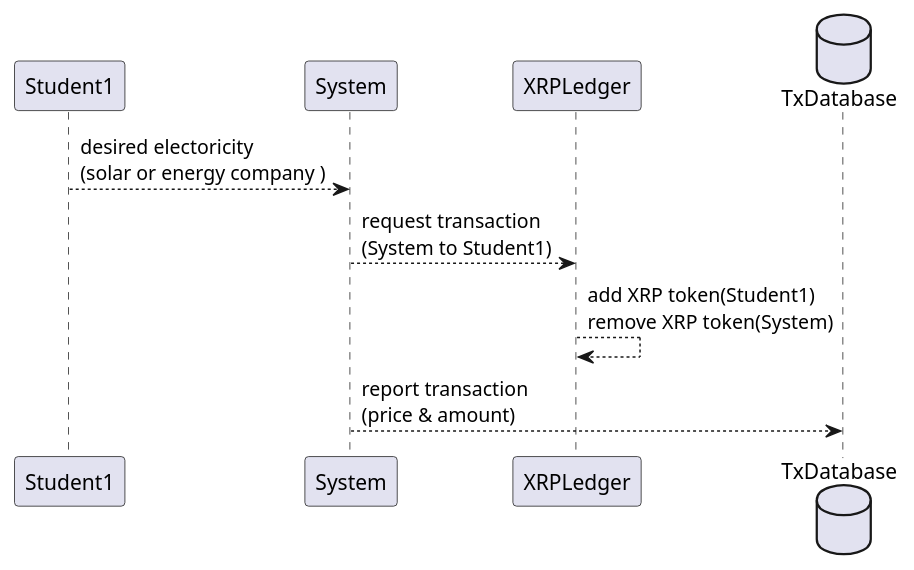
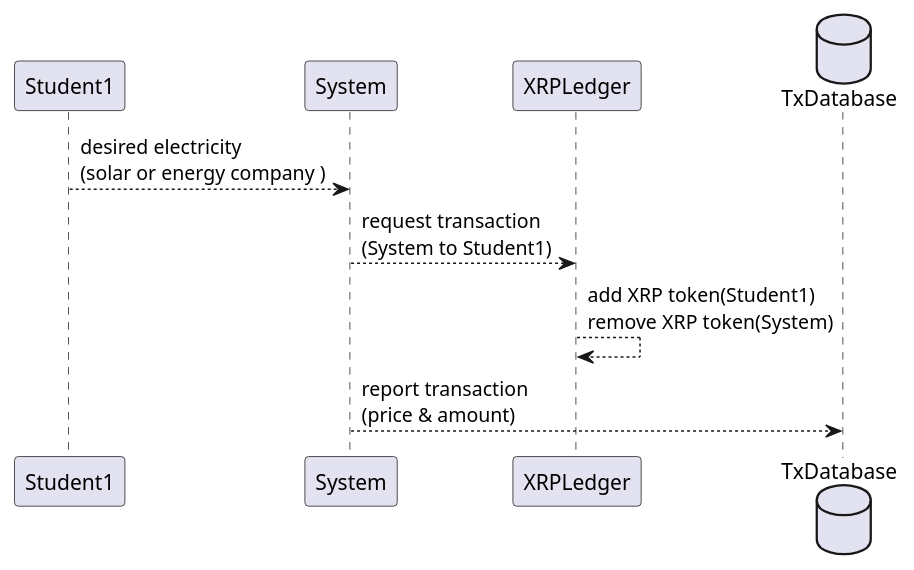
Before and after one commit to KyotoUniv-SIC/electoric-power-exchange: the diagram in docs/Seq02_GenerateToken.plantuml, drawn with PlantUML. The commit also changed 2 other files, not shown here.

```diff
--- a/docs/Seq02_GenerateToken.plantuml
+++ b/docs/Seq02_GenerateToken.plantuml
@@ -1,11 +1,11 @@
 @startuml sequence
 participant Student1          as st1
 participant System            as sys
 participant XRPLedger         as xl
 database TxDatabase as db2
 
-st1 --> sys : desired electoricity\n(solar or energy company )
+st1 --> sys : desired electricity\n(solar or energy company )
 sys --> xl : request transaction\n(System to Student1)
 xl --> xl : add XRP token(Student1)\nremove XRP token(System)
-sys --> db2 : report transaction\n(price & amount) 
+sys --> db2 : report transaction\n(price & amount)
 @enduml
```
